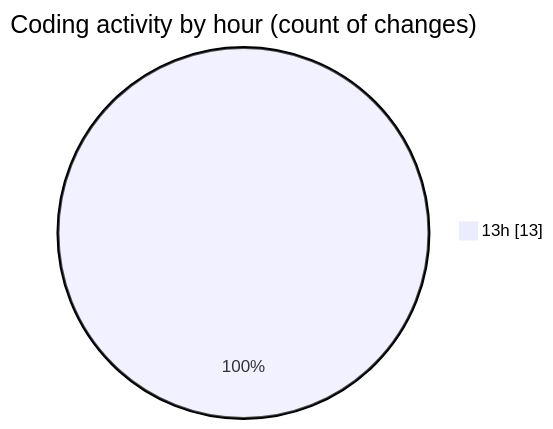
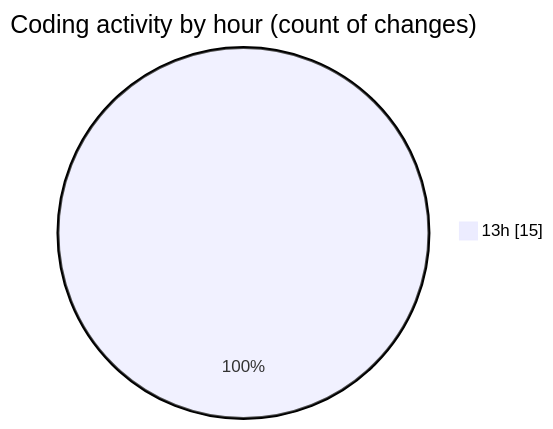
One commit to LanceThiago/code-tracking changed the second of 2 diagrams in 2025-03-17/web/README.md. Above: the diagram before and after it, drawn with Mermaid. The commit also changed other lines of this file and 1 other file, not shown here.

````diff
--- a/2025-03-17/web/README.md
+++ b/2025-03-17/web/README.md
@@ -31,5 +31,5 @@
 ```mermaid
 pie showData
 title Coding activity by hour (count of changes)
-"13h" : 13
+"13h" : 15
 ```
````
